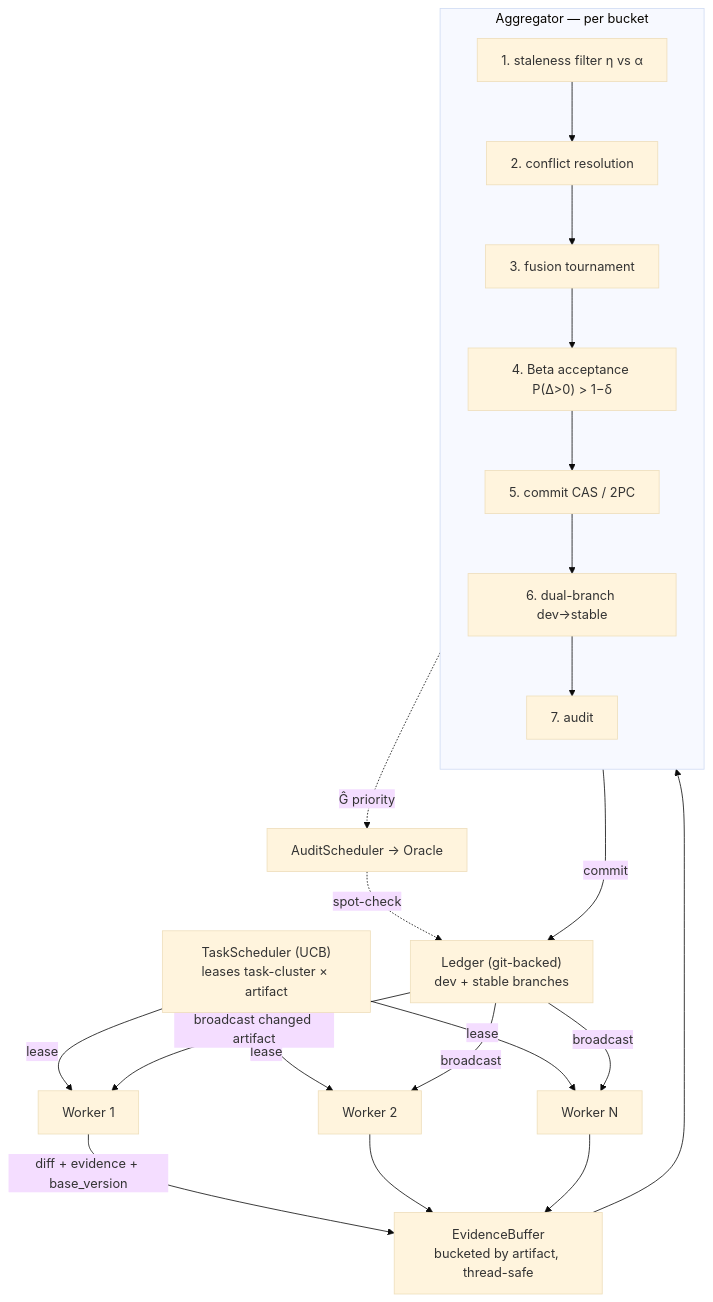
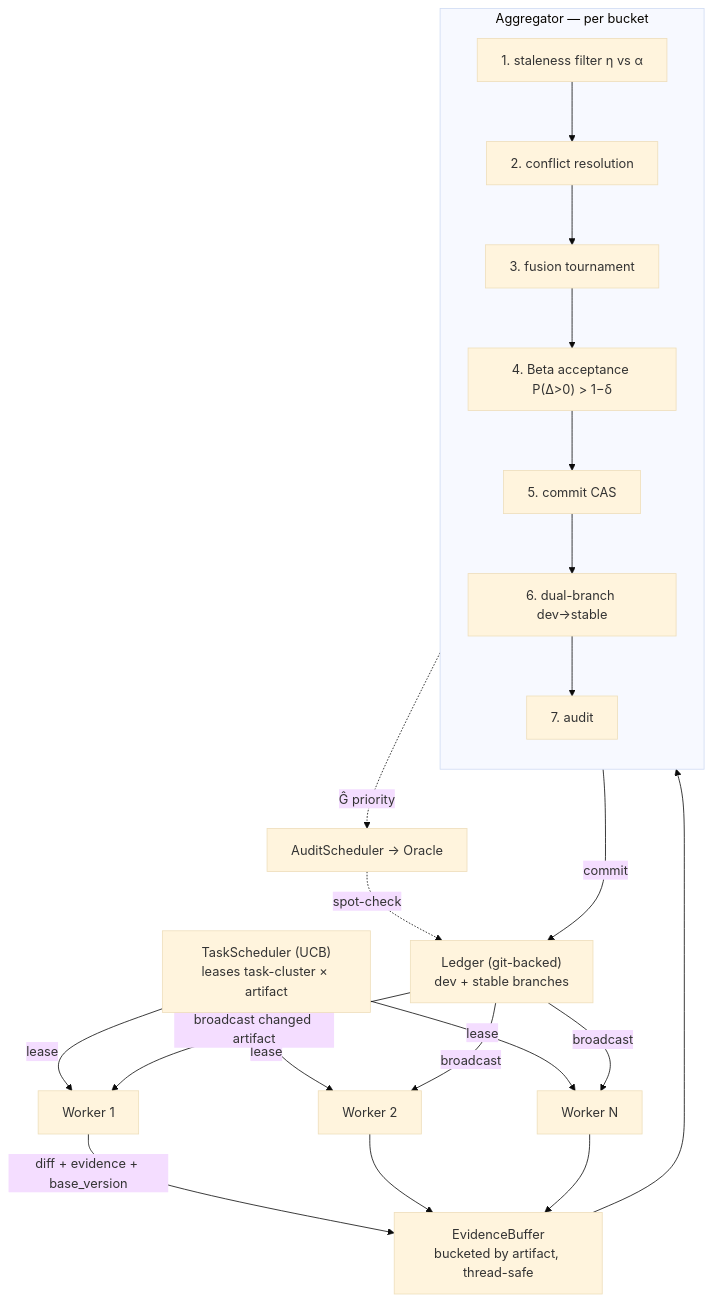
The diagram in docs/architecture.md (Birfy/agentdescent), drawn with Mermaid (base theme) before and after one commit. The commit also changed other lines of this file and 11 other files, not shown here.

````diff
--- a/docs/architecture.md
+++ b/docs/architecture.md
@@ -26,25 +26,25 @@
 ```mermaid
 flowchart TD
     TS["TaskScheduler (UCB)<br/>leases task-cluster × artifact"] -->|lease| W1[Worker 1]
     TS -->|lease| W2[Worker 2]
     TS -->|lease| WN[Worker N]
     W1 -->|diff + evidence + base_version| EB
     W2 --> EB
     WN --> EB
     EB["EvidenceBuffer<br/>bucketed by artifact, thread-safe"] --> AG
     subgraph AG["Aggregator — per bucket"]
         direction TB
         S1[1. staleness filter η vs α] --> S2[2. conflict resolution]
         S2 --> S3[3. fusion tournament]
         S3 --> S4["4. Beta acceptance P(Δ>0) &gt; 1−δ"]
-        S4 --> S5[5. commit CAS / 2PC]
+        S4 --> S5[5. commit CAS]
         S5 --> S6[6. dual-branch dev→stable]
         S6 --> S7[7. audit]
     end
     AG -->|commit| LG["Ledger (git-backed)<br/>dev + stable branches"]
     LG -->|broadcast changed artifact| W1
     LG -->|broadcast| W2
     LG -->|broadcast| WN
     S7 -.->|Ĝ priority| AUD["AuditScheduler → Oracle"]
     AUD -.->|spot-check| LG
 ```
````
